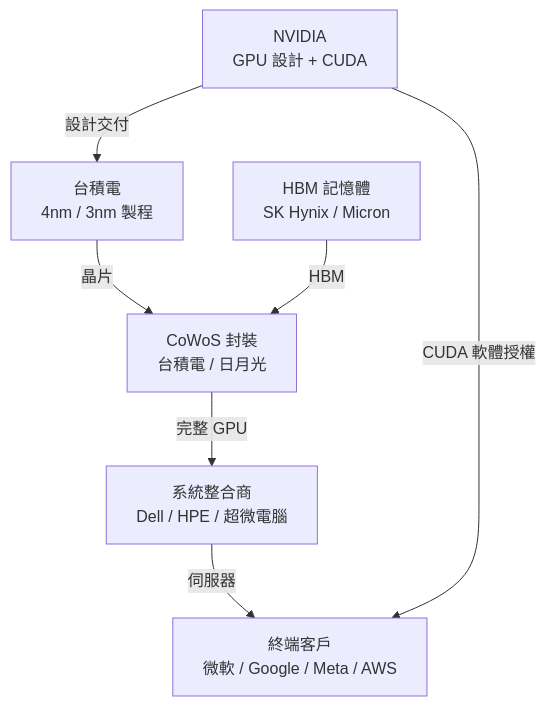
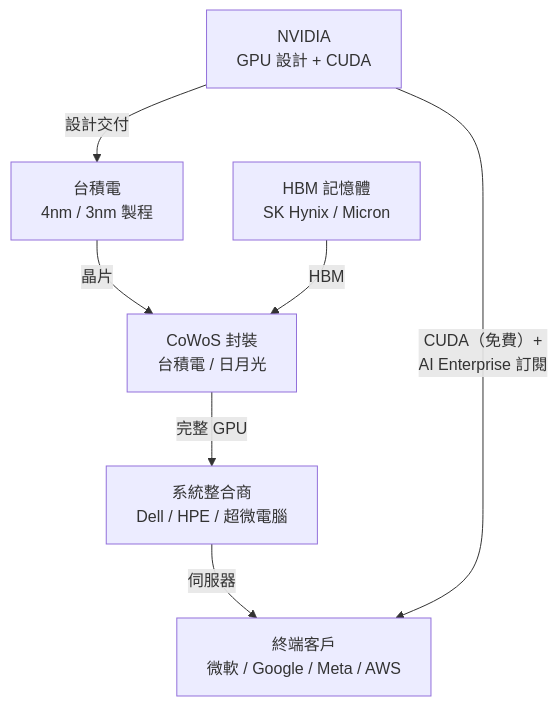
One commit to wizardhsiehcom/book changed the second of 2 diagrams in docs/nvidia/business-model.md. Above: the diagram before and after it, drawn with Mermaid. The commit also changed 15 other files, not shown here.

````diff
--- a/docs/nvidia/business-model.md
+++ b/docs/nvidia/business-model.md
@@ -25,16 +25,16 @@
 ```mermaid
 flowchart TD
     A["系統整合商<br/>Dell / HPE / 超微電腦"]
     B["NVIDIA<br/>GPU 設計 + CUDA"]
     C["台積電<br/>4nm / 3nm 製程"]
     D["CoWoS 封裝<br/>台積電 / 日月光"]
     E["HBM 記憶體<br/>SK Hynix / Micron"]
     F["終端客戶<br/>微軟 / Google / Meta / AWS"]
 
     B -->|設計交付| C
     C -->|晶片| D
     E -->|HBM| D
     D -->|完整 GPU| A
     A -->|伺服器| F
-    B -->|CUDA 軟體授權| F
+    B -->|"CUDA（免費）+<br/>AI Enterprise 訂閱"| F
 ```
````
